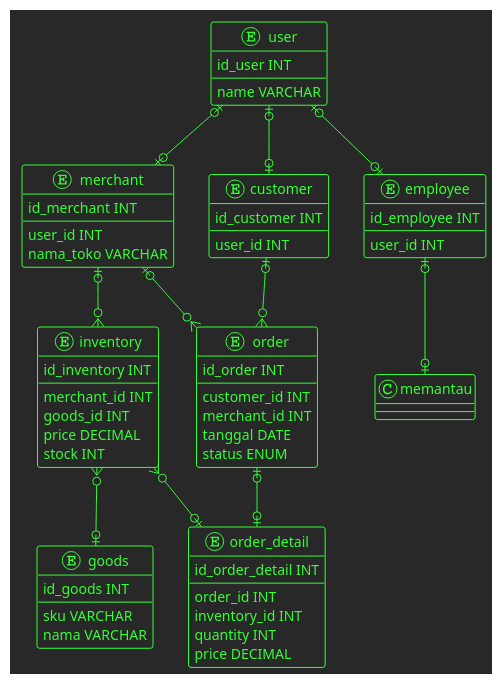
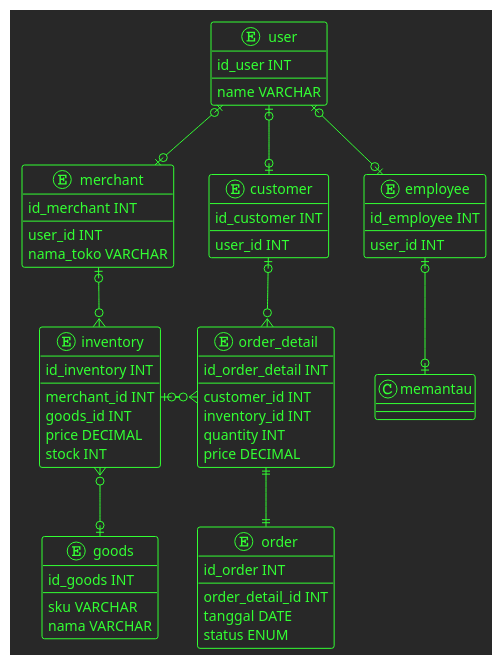
One commit to kaattuu/abucom_erd changed the diagram in abucom_erd.puml. Above: the diagram before and after it, drawn with PlantUML. The commit also changed 17 other files, not shown here.

```diff
--- a/abucom_erd.puml
+++ b/abucom_erd.puml
@@ -1,89 +1,82 @@
 @startuml
 !theme crt-green
 ' !theme crt-amber
 
 entity user {
     id_user INT
     --
     name VARCHAR
 }
 
 entity merchant {
     id_merchant INT
     --
     user_id INT
     nama_toko VARCHAR
 }
 
 entity customer {
     id_customer INT
     --
     user_id INT
 }
 
 entity employee {
     id_employee INT
     --
     user_id INT
 }
 
 entity inventory {
     id_inventory INT
     --
     merchant_id INT
     goods_id INT
     price DECIMAL
     stock INT
 }
 
 entity order {
     id_order INT
     --
-    customer_id INT
-    merchant_id INT
+    order_detail_id INT
     tanggal DATE
     status ENUM
 }
 
 entity order_detail {
     id_order_detail INT
     --
-    order_id INT
+    customer_id INT
     inventory_id INT
     quantity INT
     price DECIMAL
 }
 
 entity goods {
     id_goods INT
     --
     sku VARCHAR
     nama VARCHAR
 }
 
 
 
 
 user |o--o| merchant
 user |o--o| customer
 user |o--o| employee
 
 
 merchant |o--o{ inventory
-merchant |o--o{ order
-customer |o--o{ order
+customer |o--o{ order_detail
 employee |o--o| memantau
 
+inventory |o-o{ order_detail
+inventory }o--o| goods
 
-order |o--o| order_detail
-
-
-inventory }o--o| goods
-inventory }o--o| order_detail
-
-
-' goods |o-o{ order_detail
+order_detail ||--|| order
 
 
 
 @enduml
```
